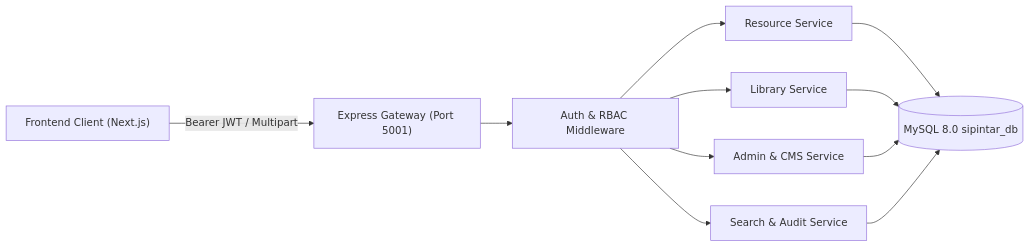
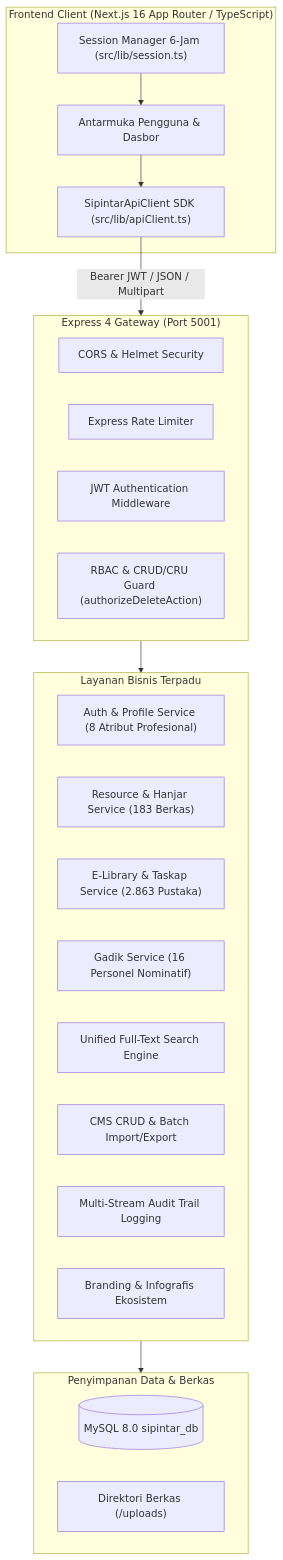
Before and after one commit to dennyssdm/Sipintar: the diagram in docs/API_INTEGRATION_GUIDE.md, drawn with Mermaid. The commit also changed other lines of this file and 1 other file, not shown here.

Commit message:
docs: sinkronisasi panduan integrasi REST API v2.3.0 lengkap dengan 14 modul dan spesifikasi endpoint

````diff
--- a/docs/API_INTEGRATION_GUIDE.md
+++ b/docs/API_INTEGRATION_GUIDE.md
@@ -102,13 +12,37 @@
 ```mermaid
-flowchart LR
-    A["Frontend Client (Next.js)"] -->|"Bearer JWT / Multipart"| B["Express Gateway (Port 5001)"]
-    B --> C["Auth & RBAC Middleware"]
-    C --> D["Resource Service"]
-    C --> E["Library Service"]
-    C --> F["Admin & CMS Service"]
-    C --> G["Search & Audit Service"]
-    D --> H[("MySQL 8.0 sipintar_db")]
-    E --> H
-    F --> H
-    G --> H
+flowchart TD
+    subgraph Frontend["Frontend Client (Next.js 16 App Router / TypeScript)"]
+        UI["Antarmuka Pengguna & Dasbor"]
+        SDK["SipintarApiClient SDK (src/lib/apiClient.ts)"]
+        AUTH_SES["Session Manager 6-Jam (src/lib/session.ts)"]
+    end
+
+    subgraph Gateway["Express 4 Gateway (Port 5001)"]
+        CORS["CORS & Helmet Security"]
+        LIMITER["Express Rate Limiter"]
+        AUTH_MW["JWT Authentication Middleware"]
+        RBAC_MW["RBAC & CRUD/CRU Guard (authorizeDeleteAction)"]
+    end
+
+    subgraph ServiceLayer["Layanan Bisnis Terpadu"]
+        AUTH_SVC["Auth & Profile Service (8 Atribut Profesional)"]
+        RES_SVC["Resource & Hanjar Service (183 Berkas)"]
+        LIB_SVC["E-Library & Taskap Service (2.863 Pustaka)"]
+        GADIK_SVC["Gadik Service (16 Personel Nominatif)"]
+        SEARCH_SVC["Unified Full-Text Search Engine"]
+        ADMIN_SVC["CMS CRUD & Batch Import/Export"]
+        AUDIT_SVC["Multi-Stream Audit Trail Logging"]
+        BRAND_SVC["Branding & Infografis Ekosistem"]
+    end
+
+    subgraph Storage["Penyimpanan Data & Berkas"]
+        DB[("MySQL 8.0 sipintar_db")]
+        FS["Direktori Berkas (/uploads)"]
+    end
+
+    UI --> SDK
+    AUTH_SES --> UI
+    SDK -->|"Bearer JWT / JSON / Multipart"| Gateway
+    Gateway --> ServiceLayer
+    ServiceLayer --> Storage
 ```
````
